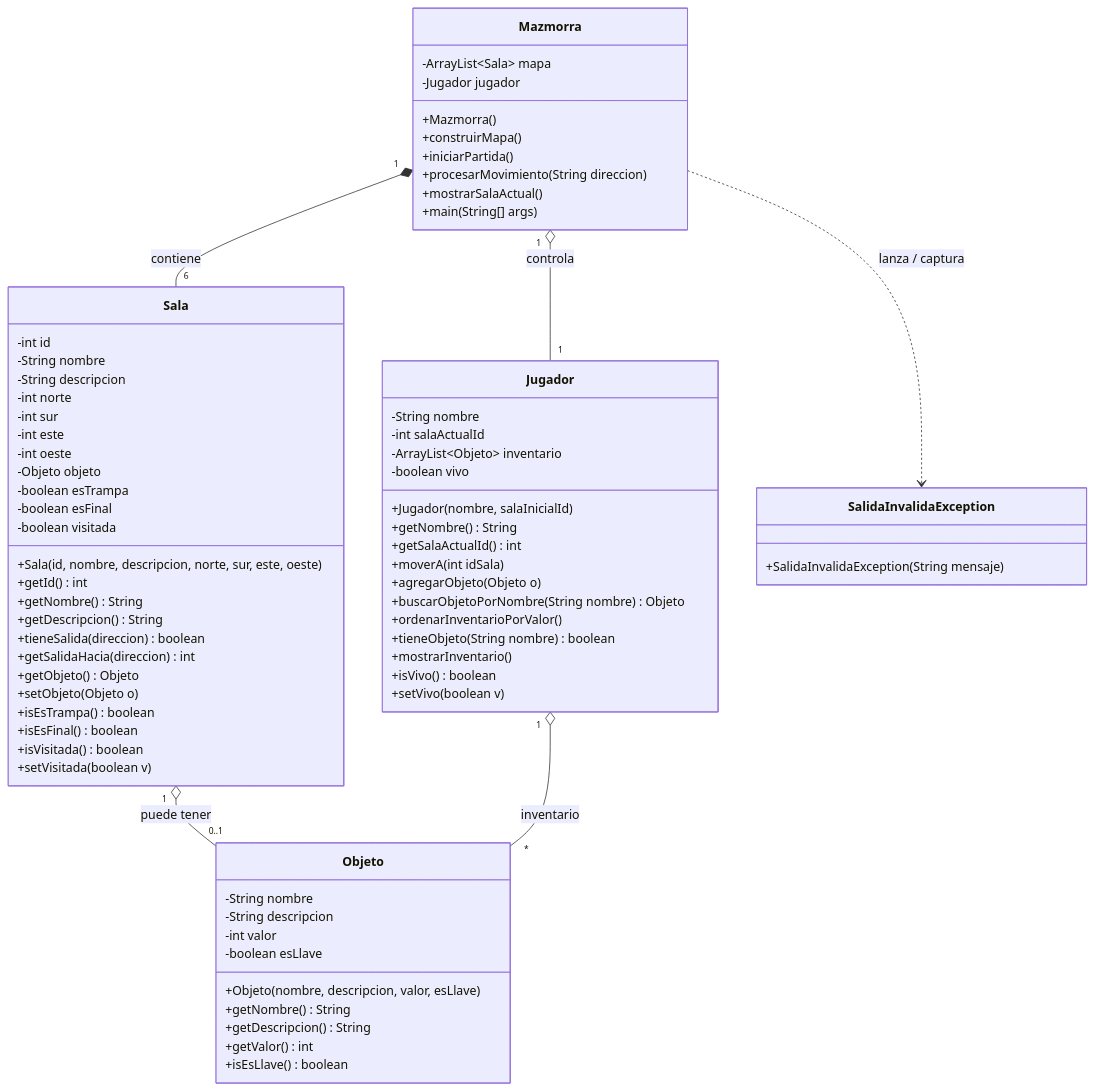
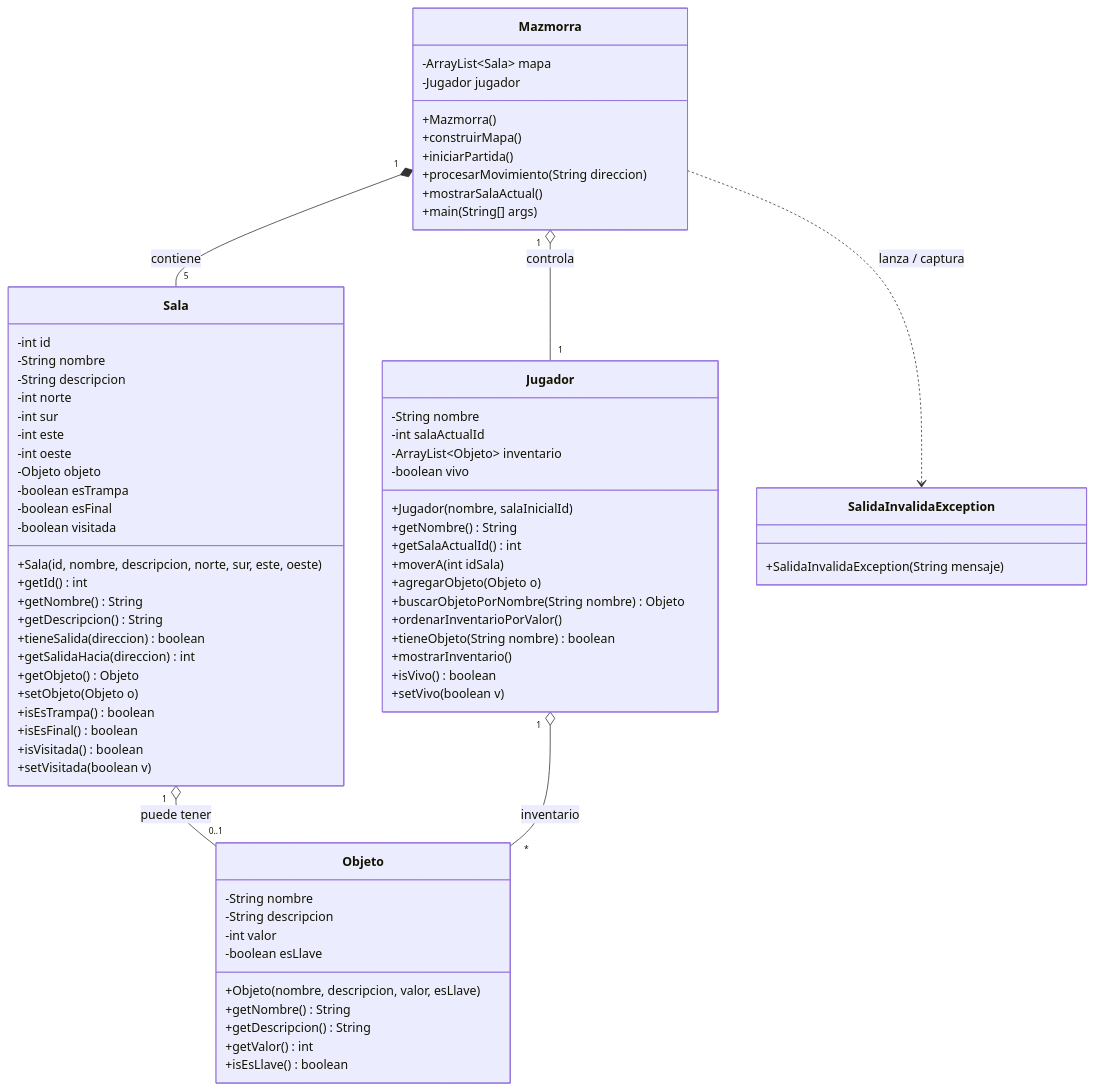
The diagram in DIAGRAMA_CLASES.md (sebasayalaaa/mazmorra-medieval-informatica1), drawn with Mermaid before and after one commit.

Commit message:
Corrige cardinalidad en diagrama (5 salas, no 6)

````diff
--- a/DIAGRAMA_CLASES.md
+++ b/DIAGRAMA_CLASES.md
@@ -9,79 +9,79 @@
 ```mermaid
 classDiagram
     class Sala {
         -int id
         -String nombre
         -String descripcion
         -int norte
         -int sur
         -int este
         -int oeste
         -Objeto objeto
         -boolean esTrampa
         -boolean esFinal
         -boolean visitada
         +Sala(id, nombre, descripcion, norte, sur, este, oeste)
         +getId() int
         +getNombre() String
         +getDescripcion() String
         +tieneSalida(direccion) boolean
         +getSalidaHacia(direccion) int
         +getObjeto() Objeto
         +setObjeto(Objeto o)
         +isEsTrampa() boolean
         +isEsFinal() boolean
         +isVisitada() boolean
         +setVisitada(boolean v)
     }
 
     class Objeto {
         -String nombre
         -String descripcion
         -int valor
         -boolean esLlave
         +Objeto(nombre, descripcion, valor, esLlave)
         +getNombre() String
         +getDescripcion() String
         +getValor() int
         +isEsLlave() boolean
     }
 
     class Jugador {
         -String nombre
         -int salaActualId
         -ArrayList~Objeto~ inventario
         -boolean vivo
         +Jugador(nombre, salaInicialId)
         +getNombre() String
         +getSalaActualId() int
         +moverA(int idSala)
         +agregarObjeto(Objeto o)
         +buscarObjetoPorNombre(String nombre) Objeto
         +ordenarInventarioPorValor()
         +tieneObjeto(String nombre) boolean
         +mostrarInventario()
         +isVivo() boolean
         +setVivo(boolean v)
     }
 
     class SalidaInvalidaException {
         +SalidaInvalidaException(String mensaje)
     }
 
     class Mazmorra {
         -ArrayList~Sala~ mapa
         -Jugador jugador
         +Mazmorra()
         +construirMapa()
         +iniciarPartida()
         +procesarMovimiento(String direccion)
         +mostrarSalaActual()
         +main(String[] args)
     }
 
-    Mazmorra "1" *-- "6" Sala : contiene
+    Mazmorra "1" *-- "5" Sala : contiene
     Mazmorra "1" o-- "1" Jugador : controla
     Sala "1" o-- "0..1" Objeto : puede tener
     Jugador "1" o-- "*" Objeto : inventario
     Mazmorra ..> SalidaInvalidaException : lanza / captura
 ```
````
